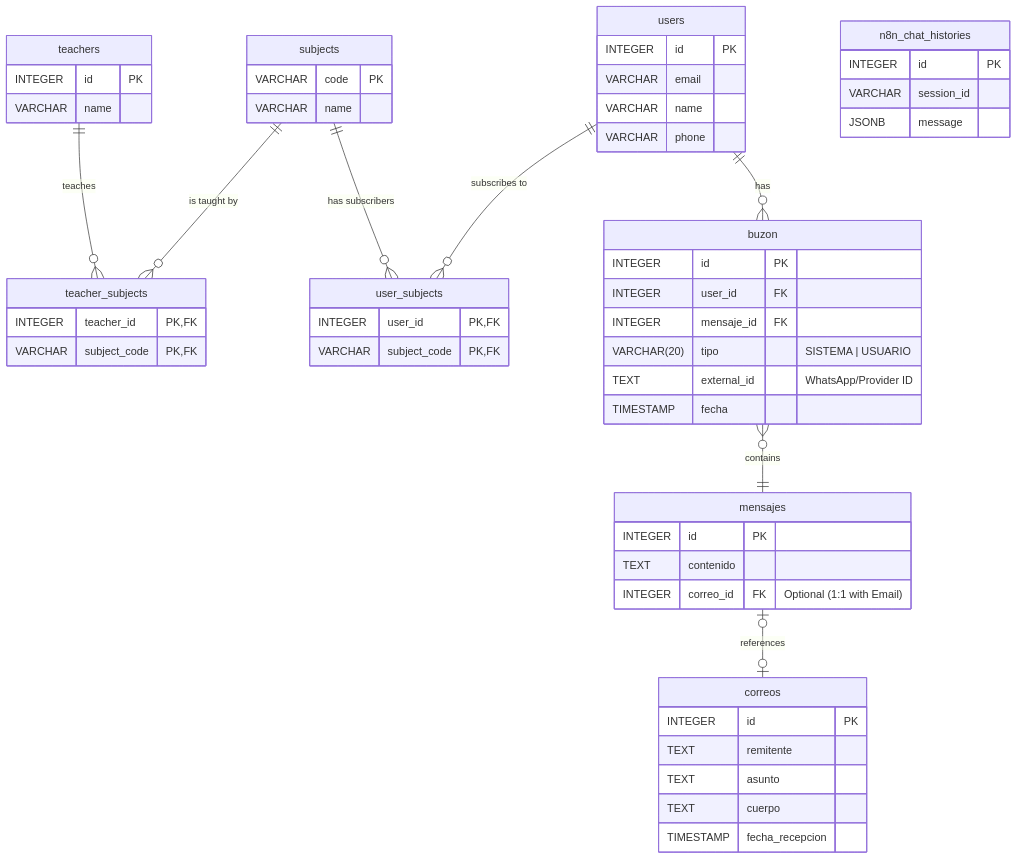
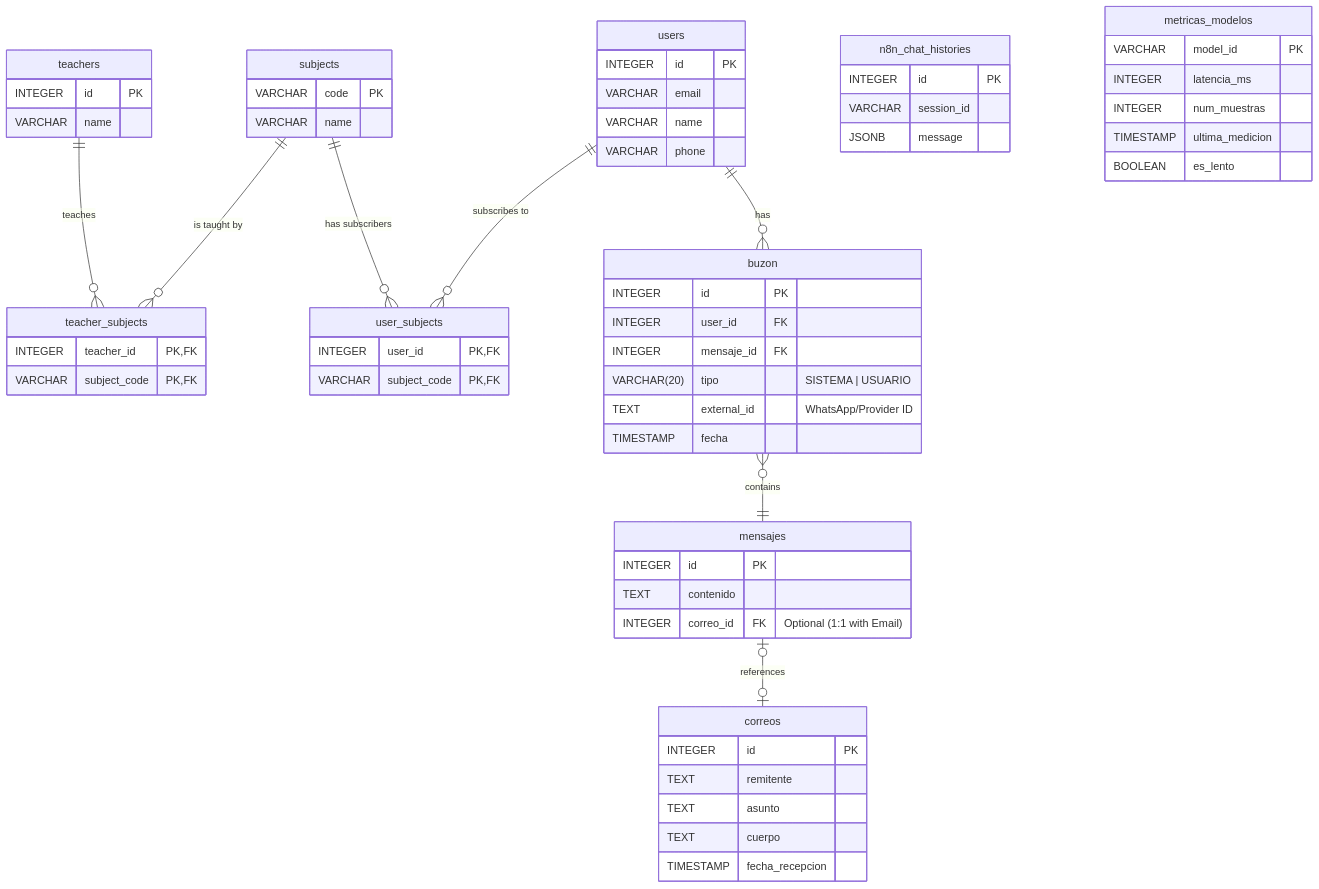
One commit to JavierLianoRioz/Iris changed the diagram in documentation/Base de Datos.md. Above: the diagram before and after it, drawn with Mermaid. The commit also changed 6 other files, not shown here.

````diff
--- a/documentation/Base de Datos.md
+++ b/documentation/Base de Datos.md
@@ -75,4 +75,12 @@
         VARCHAR session_id
         JSONB message
     }
+
+    metricas_modelos {
+        VARCHAR model_id PK
+        INTEGER latencia_ms
+        INTEGER num_muestras
+        TIMESTAMP ultima_medicion
+        BOOLEAN es_lento
+    }
 ```
````
